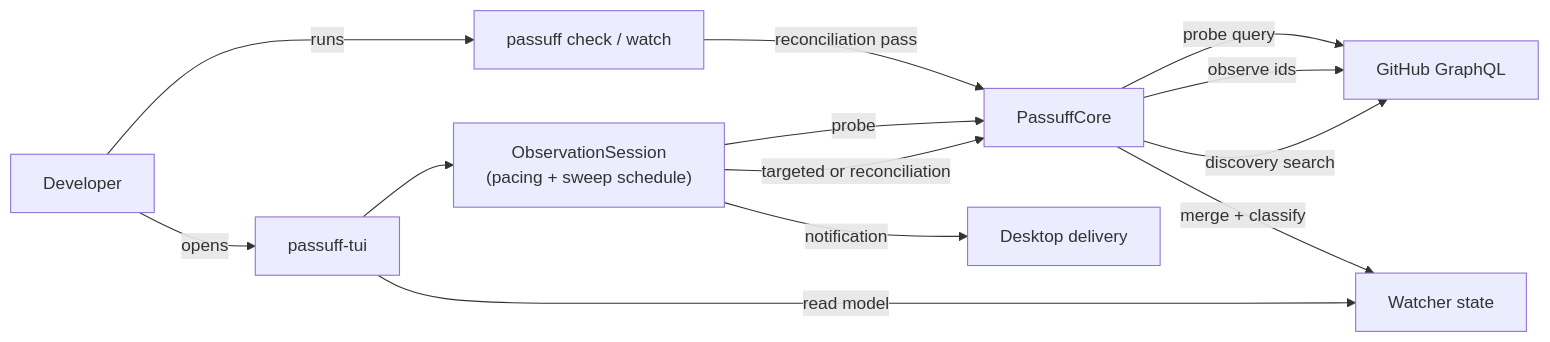
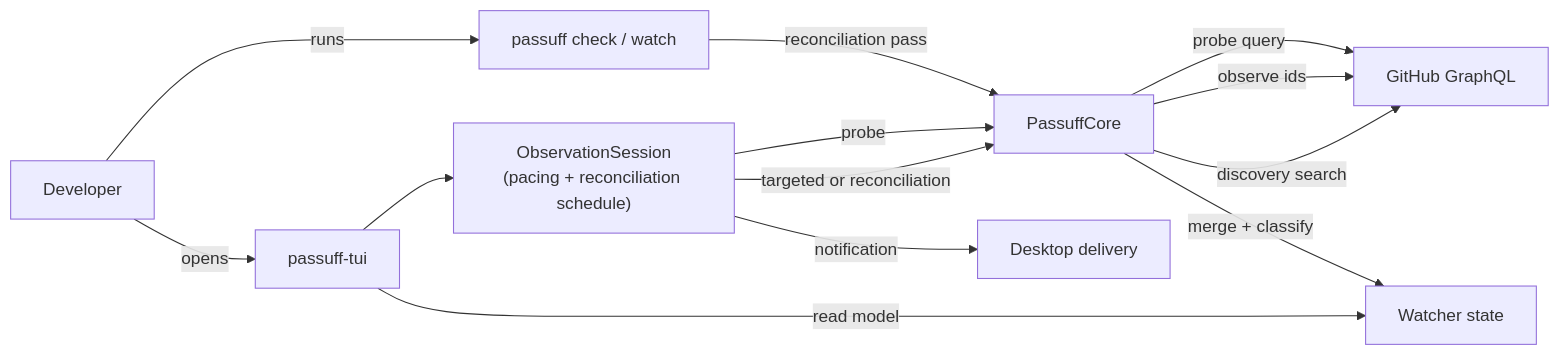
Before and after one commit to buster/passuff: the diagram in givn/changes/passuff-observation-targets/design.md, drawn with Mermaid. The commit also changed other lines of this file and 6 other files, not shown here.

````diff
--- a/givn/changes/passuff-observation-targets/design.md
+++ b/givn/changes/passuff-observation-targets/design.md
@@ -34,15 +34,15 @@
 ```mermaid
 flowchart LR
     dev["Developer"] -->|runs| cli["passuff check / watch"]
     dev -->|opens| tui["passuff-tui"]
-    tui --> session["ObservationSession\n(pacing + sweep schedule)"]
+    tui --> session["ObservationSession\n(pacing + reconciliation schedule)"]
     session -->|probe| core["PassuffCore"]
     session -->|targeted or reconciliation| core
     cli -->|reconciliation pass| core
     core -->|probe query| gh["GitHub GraphQL"]
     core -->|observe ids| gh
     core -->|discovery search| gh
     core -->|merge + classify| state["Watcher state"]
     tui -->|read model| state
     session -->|notification| desktop["Desktop delivery"]
 ```
````
